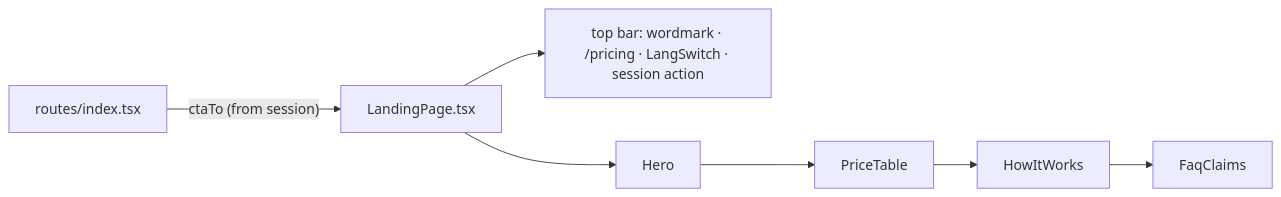
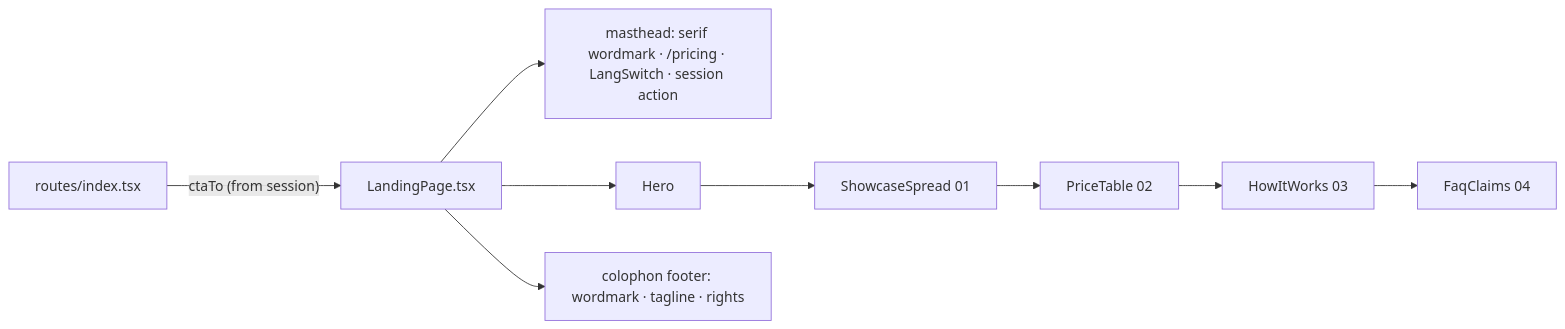
One commit to AzamatRaimbekov2/openCreate changed the diagram in apps/web/src/modules/Landing/components/LandingPage.tsx.md. Above: the diagram before and after it, drawn with Mermaid. The commit also changed other lines of this file and 25 other files, not shown here.

````diff
--- a/apps/web/src/modules/Landing/components/LandingPage.tsx.md
+++ b/apps/web/src/modules/Landing/components/LandingPage.tsx.md
@@ -26,6 +29,7 @@
 ```mermaid
 flowchart LR
   Route[routes/index.tsx] -- "ctaTo (from session)" --> LP[LandingPage.tsx]
-  LP --> TB[top bar: wordmark · /pricing · LangSwitch · session action]
-  LP --> H[Hero] --> PT2[PriceTable] --> HIW[HowItWorks] --> FAQ[FaqClaims]
+  LP --> TB[masthead: serif wordmark · /pricing · LangSwitch · session action]
+  LP --> H[Hero] --> SW[ShowcaseSpread 01] --> PT2[PriceTable 02] --> HIW[HowItWorks 03] --> FAQ[FaqClaims 04]
+  LP --> CF[colophon footer: wordmark · tagline · rights]
 ```
````
